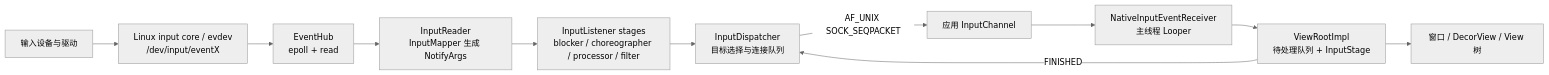
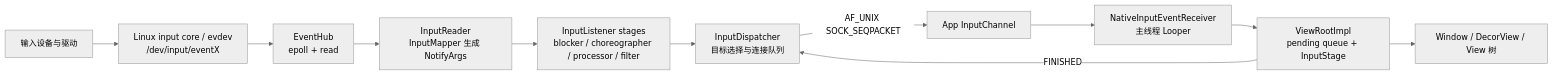
One commit to Gracker/android-internals-wiki changed the diagram in src/part1-fundamentals/ch03-input/01-input-dispatch.md. Above: the diagram before and after it, drawn with Mermaid (neutral theme). The commit also changed other lines of this file and 4 other files, not shown here.

````diff
--- a/src/part1-fundamentals/ch03-input/01-input-dispatch.md
+++ b/src/part1-fundamentals/ch03-input/01-input-dispatch.md
@@ -99,13 +99,13 @@
 ```mermaid
 flowchart LR
     HW["输入设备与驱动"] --> EV["Linux input core / evdev<br/>/dev/input/eventX"]
     EV --> EH["EventHub<br/>epoll + read"]
     EH --> IR["InputReader<br/>InputMapper 生成 NotifyArgs"]
     IR --> LS["InputListener stages<br/>blocker / choreographer / processor / filter"]
     LS --> ID["InputDispatcher<br/>目标选择与连接队列"]
-    ID -->|"AF_UNIX SOCK_SEQPACKET"| IC["应用 InputChannel"]
+    ID -->|"AF_UNIX SOCK_SEQPACKET"| IC["App InputChannel"]
     IC --> NIR["NativeInputEventReceiver<br/>主线程 Looper"]
-    NIR --> VRI["ViewRootImpl<br/>待处理队列 + InputStage"]
-    VRI --> VIEW["窗口 / DecorView / View 树"]
+    NIR --> VRI["ViewRootImpl<br/>pending queue + InputStage"]
+    VRI --> VIEW["Window / DecorView / View 树"]
     VRI -->|"FINISHED"| ID
 ```
````
